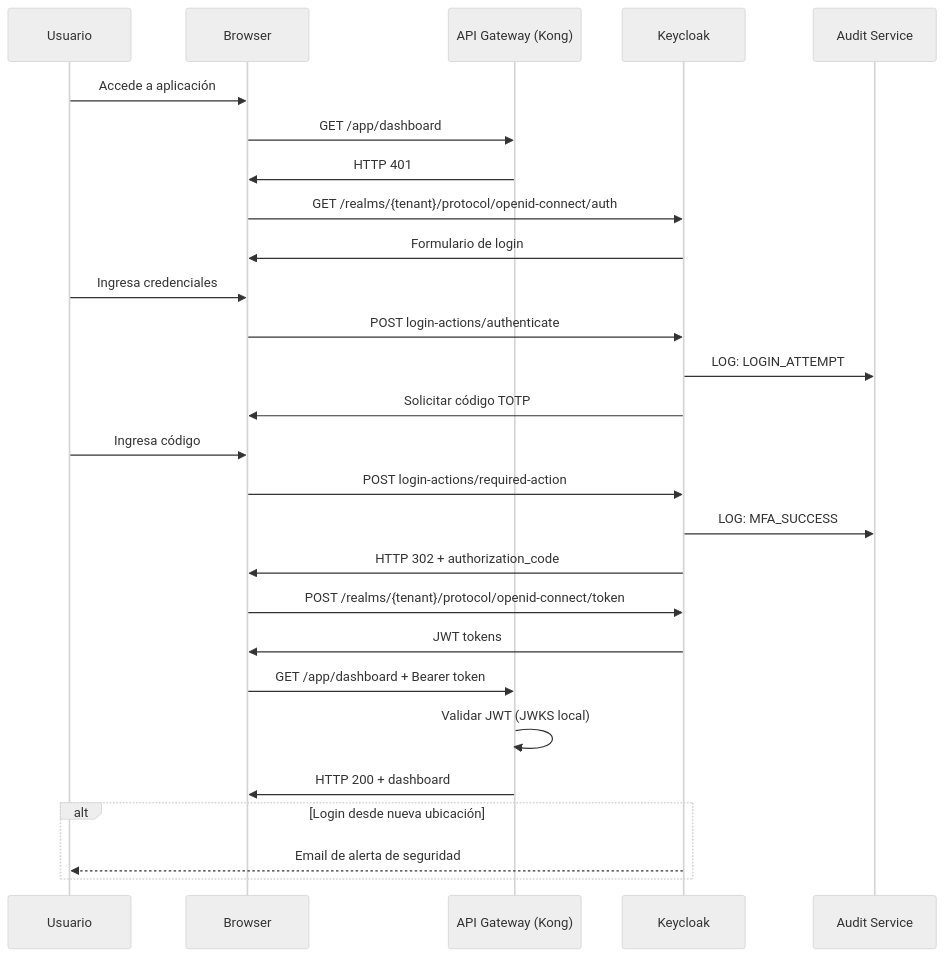
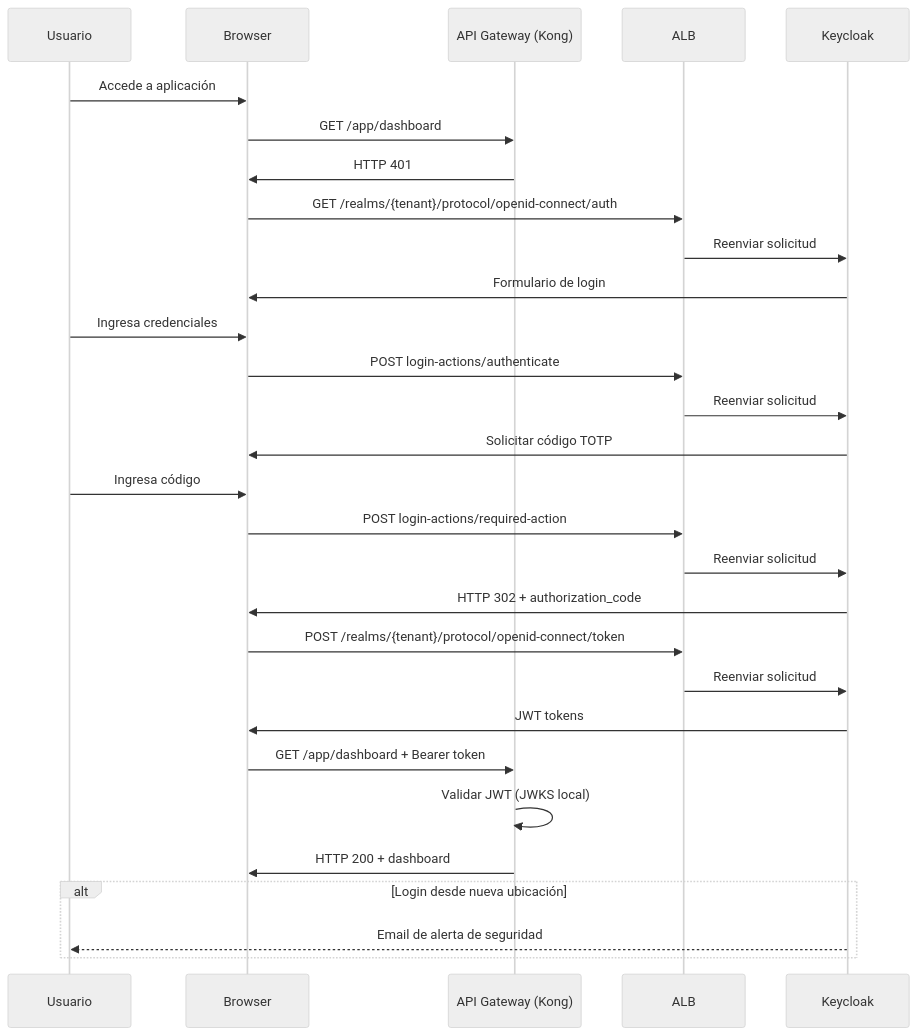
The first of 3 diagrams in docs/plataforma-corporativa/plataforma-de-integracion/identidad-y-accesos/06-vista-tiempo-ejecucion.md (jclemente-tlm/tlm-doc-architecture), drawn with Mermaid (neutral theme) before and after one commit. The commit also changed other lines of this file and 5 other files, not shown here.

````diff
--- a/docs/plataforma-corporativa/plataforma-de-integracion/identidad-y-accesos/06-vista-tiempo-ejecucion.md
+++ b/docs/plataforma-corporativa/plataforma-de-integracion/identidad-y-accesos/06-vista-tiempo-ejecucion.md
@@ -11,30 +11,32 @@
 ```mermaid
 sequenceDiagram
     participant User as Usuario
     participant Browser as Browser
     participant GW as API Gateway (Kong)
+    participant ALB as ALB
     participant KC as Keycloak
-    participant AuditSvc as Audit Service
 
     User->>Browser: Accede a aplicación
     Browser->>GW: GET /app/dashboard
     GW->>Browser: HTTP 401
-    Browser->>KC: GET /realms/{tenant}/protocol/openid-connect/auth
+    Browser->>ALB: GET /realms/{tenant}/protocol/openid-connect/auth
+    ALB->>KC: Reenviar solicitud
     KC->>Browser: Formulario de login
     User->>Browser: Ingresa credenciales
-    Browser->>KC: POST login-actions/authenticate
-    KC->>AuditSvc: LOG: LOGIN_ATTEMPT
+    Browser->>ALB: POST login-actions/authenticate
+    ALB->>KC: Reenviar solicitud
     KC->>Browser: Solicitar código TOTP
     User->>Browser: Ingresa código
-    Browser->>KC: POST login-actions/required-action
-    KC->>AuditSvc: LOG: MFA_SUCCESS
+    Browser->>ALB: POST login-actions/required-action
+    ALB->>KC: Reenviar solicitud
     KC->>Browser: HTTP 302 + authorization_code
-    Browser->>KC: POST /realms/{tenant}/protocol/openid-connect/token
+    Browser->>ALB: POST /realms/{tenant}/protocol/openid-connect/token
+    ALB->>KC: Reenviar solicitud
     KC->>Browser: JWT tokens
     Browser->>GW: GET /app/dashboard + Bearer token
     GW->>GW: Validar JWT (JWKS local)
     GW->>Browser: HTTP 200 + dashboard
     alt Login desde nueva ubicación
         KC-->>User: Email de alerta de seguridad
     end
 ```
````
